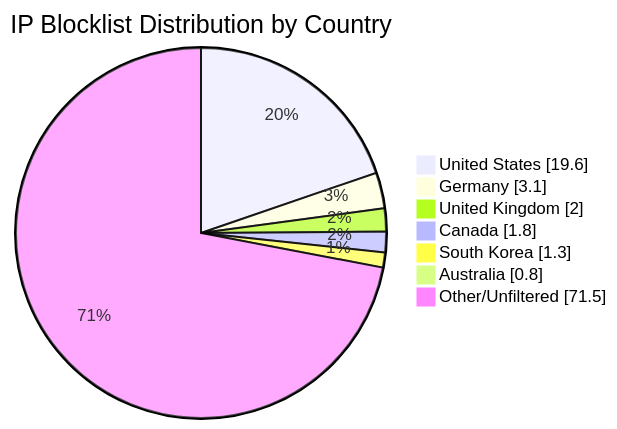
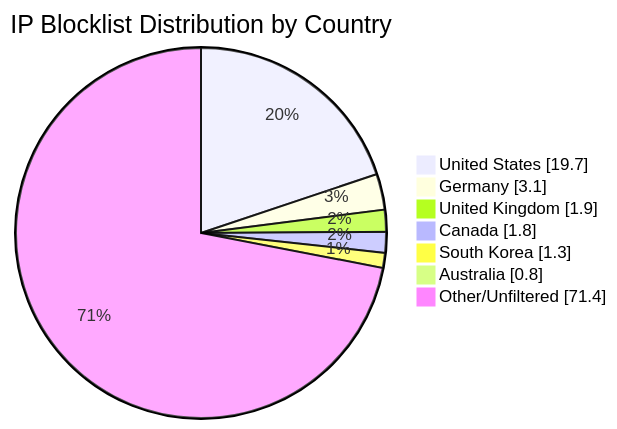
Before and after one commit to MarcusHoltz/ipblocklist-geofiltered-aggregator: the diagram in README.md, drawn with Mermaid. The commit also changed other lines of this file and 9 other files, not shown here.

````diff
--- a/README.md
+++ b/README.md
@@ -34,10 +34,10 @@
 ```mermaid
 pie showData title IP Blocklist Distribution by Country
-"United States" : 19.6
+"United States" : 19.7
 "Germany" : 3.1
-"United Kingdom" : 2.0
+"United Kingdom" : 1.9
 "Canada" : 1.8
 "South Korea" : 1.3
 "Australia" : 0.8
-"Other/Unfiltered" : 71.5
+"Other/Unfiltered" : 71.4
 ```
````
